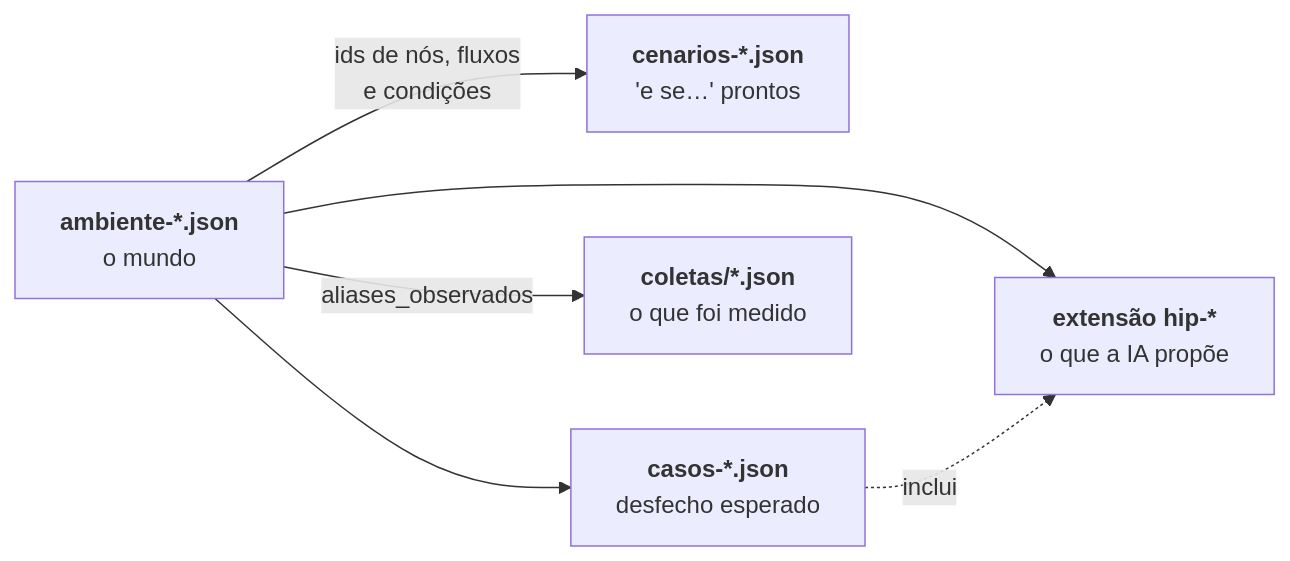
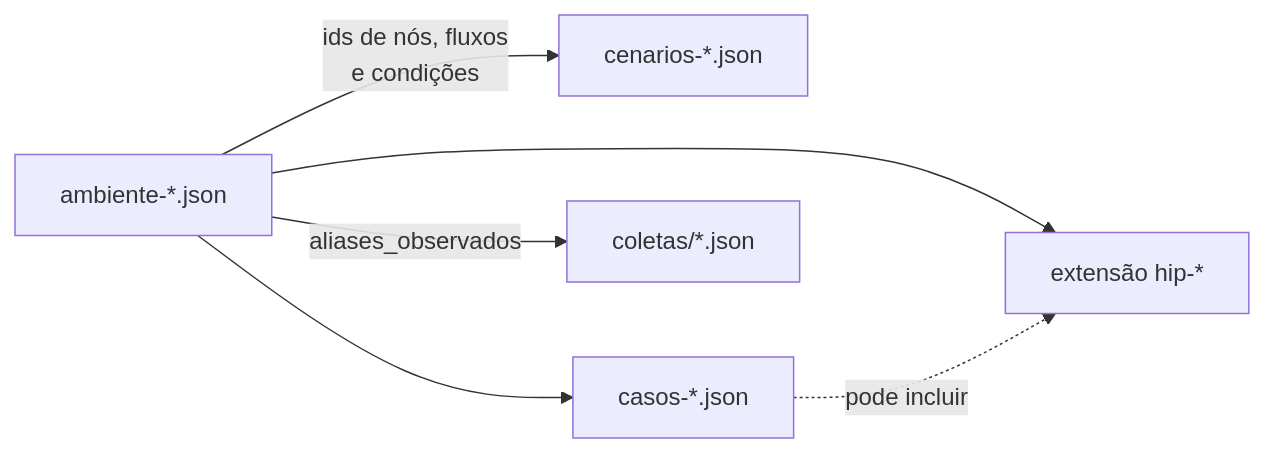
The sixth of 12 diagrams in README.md (tr0drigues/gemeodigital), drawn with Mermaid before and after one commit. The commit also changed other lines of this file and 2 other files, not shown here.

````diff
--- a/README.md
+++ b/README.md
@@ -338,8 +263,8 @@
 ```mermaid
 flowchart LR
-    AMB["<b>ambiente-*.json</b><br/>o mundo"] --> |"ids de nós, fluxos<br/>e condições"| CEN["<b>cenarios-*.json</b><br/>'e se…' prontos"]
-    AMB --> CAS["<b>casos-*.json</b><br/>desfecho esperado"]
-    AMB --> |"aliases_observados"| OBS["<b>coletas/*.json</b><br/>o que foi medido"]
-    AMB --> EXT["<b>extensão hip-*</b><br/>o que a IA propõe"]
-    CAS -.-> |"inclui"| EXT
+    AMB["ambiente-*.json"] -->|"ids de nós, fluxos<br/>e condições"| CEN["cenarios-*.json"]
+    AMB --> CAS["casos-*.json"]
+    AMB -->|"aliases_observados"| OBS["coletas/*.json"]
+    AMB --> EXT["extensão hip-*"]
+    CAS -.->|"pode incluir"| EXT
 ```
````
